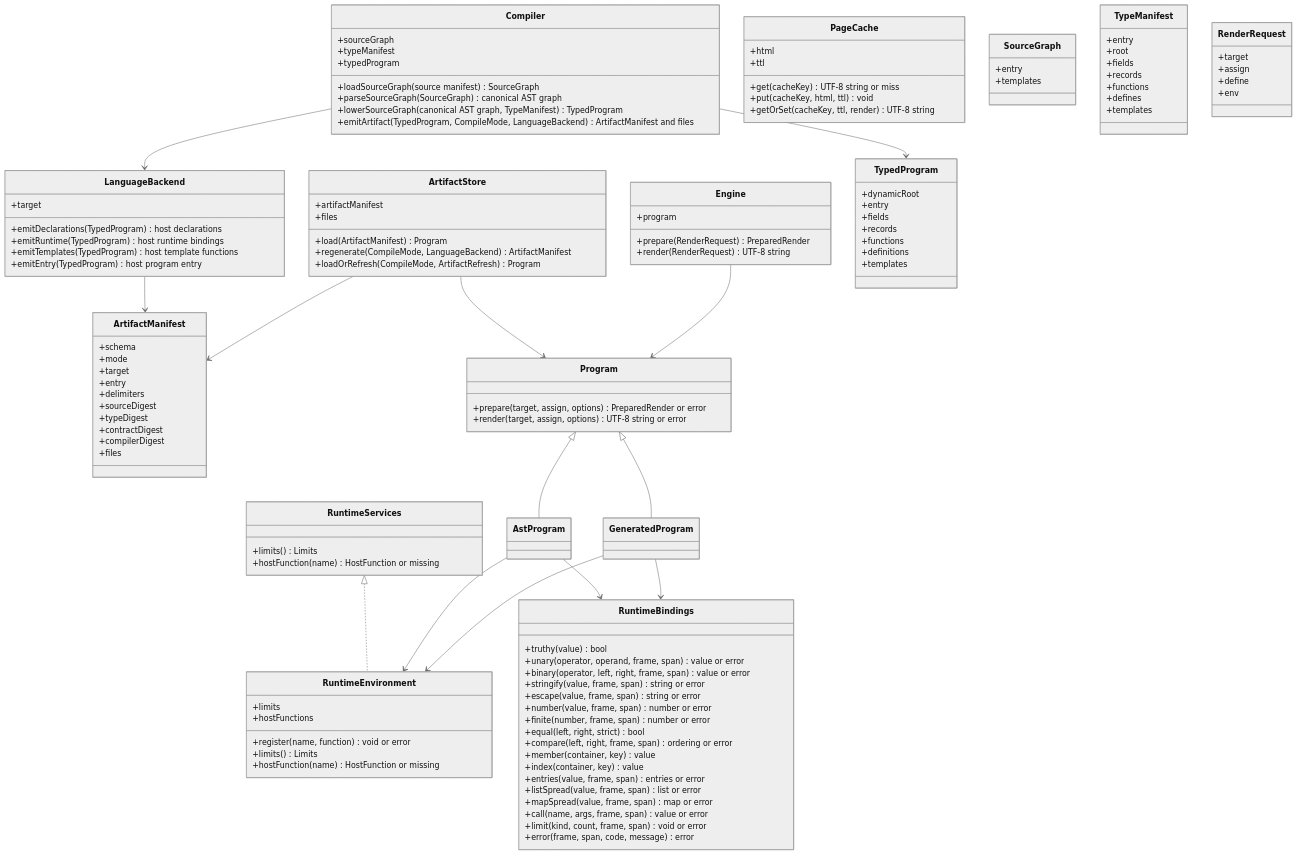
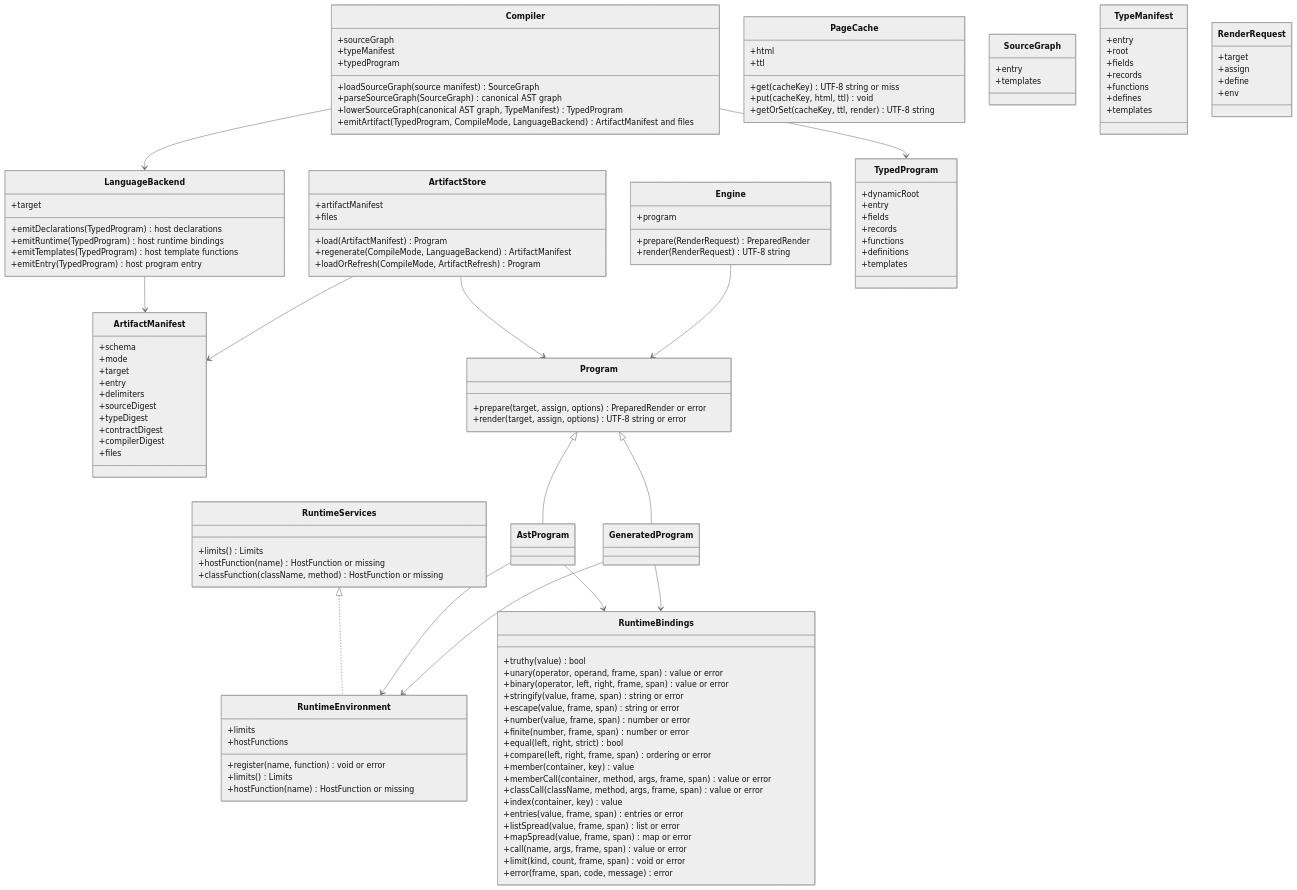
The diagram in tools/compiler/generated/compiler-classes.mmd (polyspec/template), drawn with Mermaid (neutral theme) before and after one commit. The commit also changed 45 other files, not shown here.

```diff
--- a/tools/compiler/generated/compiler-classes.mmd
+++ b/tools/compiler/generated/compiler-classes.mmd
@@ -1,125 +1,128 @@
 classDiagram
   class Compiler {
     +sourceGraph
     +typeManifest
     +typedProgram
     +loadSourceGraph(source manifest) SourceGraph
     +parseSourceGraph(SourceGraph) canonical AST graph
     +lowerSourceGraph(canonical AST graph, TypeManifest) TypedProgram
     +emitArtifact(TypedProgram, CompileMode, LanguageBackend) ArtifactManifest and files
   }
   class LanguageBackend {
     +target
     +emitDeclarations(TypedProgram) host declarations
     +emitRuntime(TypedProgram) host runtime bindings
     +emitTemplates(TypedProgram) host template functions
     +emitEntry(TypedProgram) host program entry
   }
   class ArtifactStore {
     +artifactManifest
     +files
     +load(ArtifactManifest) Program
     +regenerate(CompileMode, LanguageBackend) ArtifactManifest
     +loadOrRefresh(CompileMode, ArtifactRefresh) Program
   }
   class Engine {
     +program
     +prepare(RenderRequest) PreparedRender
     +render(RenderRequest) UTF-8 string
   }
   class PageCache {
     +html
     +ttl
     +get(cacheKey) UTF-8 string or miss
     +put(cacheKey, html, ttl) void
     +getOrSet(cacheKey, ttl, render) UTF-8 string
   }
   class RuntimeEnvironment {
     +limits
     +hostFunctions
     +register(name, function) void or error
     +limits() Limits
     +hostFunction(name) HostFunction or missing
   }
   class SourceGraph {
     +entry
     +templates
   }
   class TypeManifest {
     +entry
     +root
     +fields
     +records
     +functions
     +defines
     +templates
   }
   class TypedProgram {
     +dynamicRoot
     +entry
     +fields
     +records
     +functions
     +definitions
     +templates
   }
   class ArtifactManifest {
     +schema
     +mode
     +target
     +entry
     +delimiters
     +sourceDigest
     +typeDigest
     +contractDigest
     +compilerDigest
     +files
   }
   class RenderRequest {
     +target
     +assign
     +define
     +env
   }
   class Program {
     +prepare(target, assign, options) PreparedRender or error
     +render(target, assign, options) UTF-8 string or error
   }
   class AstProgram
   class GeneratedProgram
   class RuntimeBindings {
     +truthy(value) bool
     +unary(operator, operand, frame, span) value or error
     +binary(operator, left, right, frame, span) value or error
     +stringify(value, frame, span) string or error
     +escape(value, frame, span) string or error
     +number(value, frame, span) number or error
     +finite(number, frame, span) number or error
     +equal(left, right, strict) bool
     +compare(left, right, frame, span) ordering or error
     +member(container, key) value
+    +memberCall(container, method, args, frame, span) value or error
+    +classCall(className, method, args, frame, span) value or error
     +index(container, key) value
     +entries(value, frame, span) entries or error
     +listSpread(value, frame, span) list or error
     +mapSpread(value, frame, span) map or error
     +call(name, args, frame, span) value or error
     +limit(kind, count, frame, span) void or error
     +error(frame, span, code, message) error
   }
   class RuntimeServices {
     +limits() Limits
     +hostFunction(name) HostFunction or missing
+    +classFunction(className, method) HostFunction or missing
   }
   Program <|-- AstProgram
   Program <|-- GeneratedProgram
   Compiler --> TypedProgram
   Compiler --> LanguageBackend
   LanguageBackend --> ArtifactManifest
   ArtifactStore --> ArtifactManifest
   ArtifactStore --> Program
   Engine --> Program
   RuntimeServices <|.. RuntimeEnvironment
   AstProgram --> RuntimeEnvironment
   GeneratedProgram --> RuntimeEnvironment
   AstProgram --> RuntimeBindings
   GeneratedProgram --> RuntimeBindings
```
